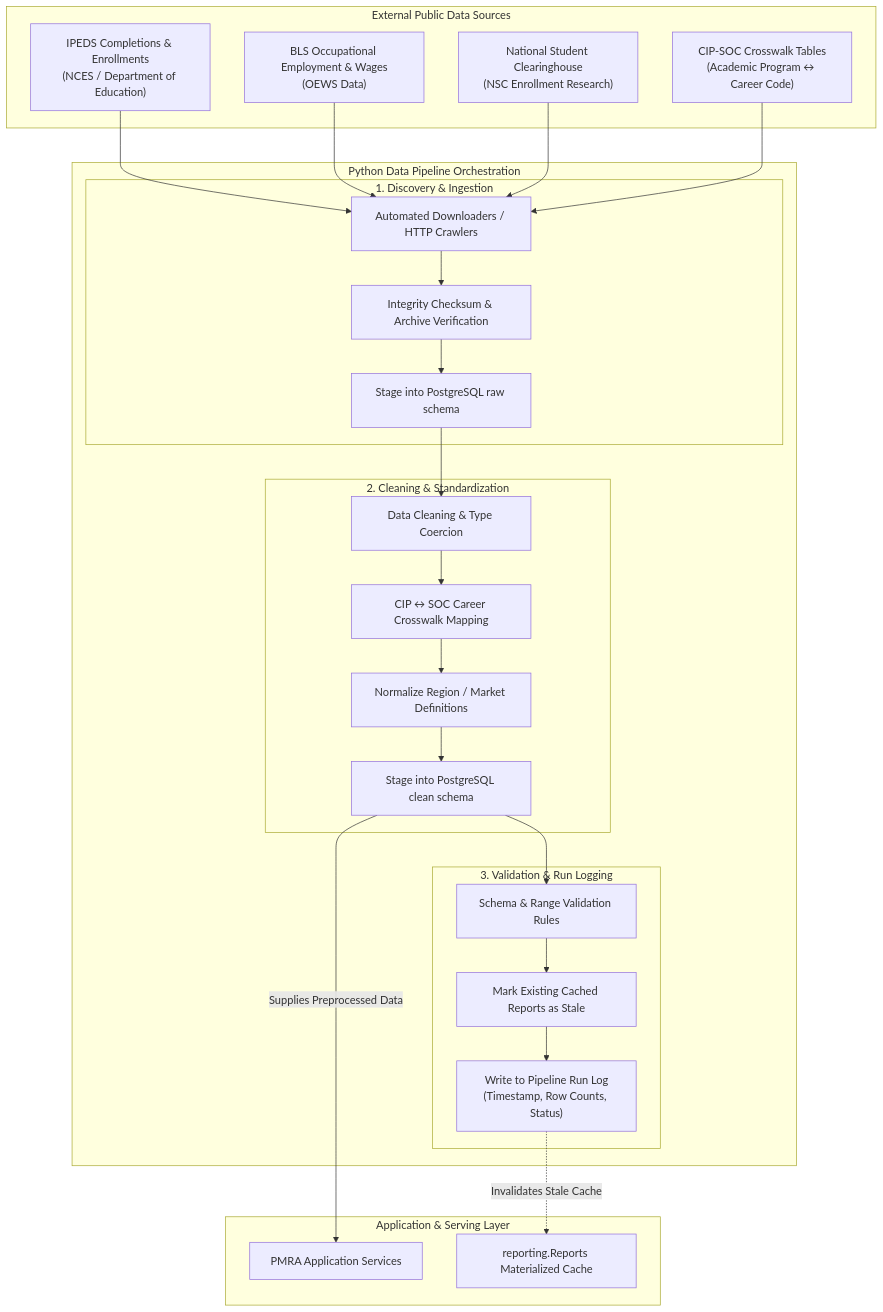
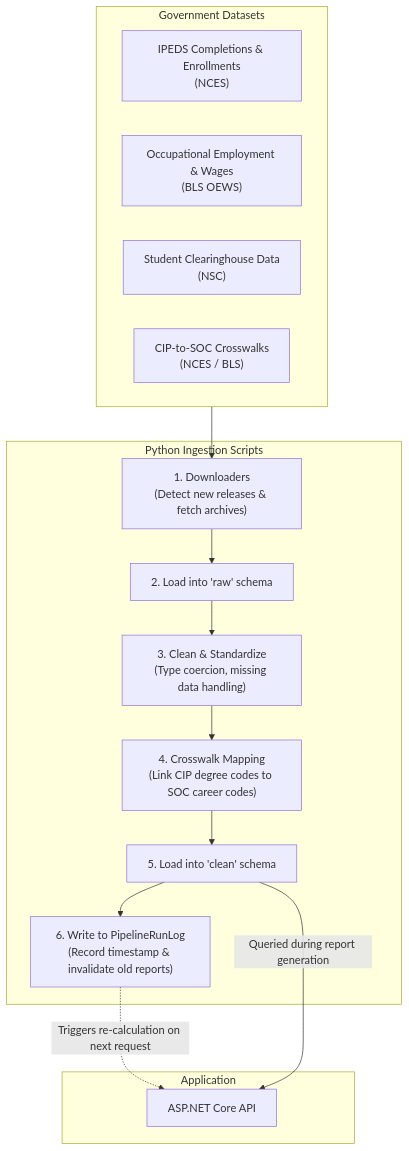
The diagram in docs/data-pipeline.md (liams04/PMRA-Portfolio), drawn with Mermaid before and after one commit. The commit also changed other lines of this file and 11 other files, not shown here.

````diff
--- a/docs/data-pipeline.md
+++ b/docs/data-pipeline.md
@@ -13,56 +13,27 @@
 ```mermaid
 flowchart TD
-    subgraph DataSources["External Public Data Sources"]
-        IPEDS["IPEDS Completions & Enrollments<br/>(NCES / Department of Education)"]
-        BLS["BLS Occupational Employment & Wages<br/>(OEWS Data)"]
-        NSC["National Student Clearinghouse<br/>(NSC Enrollment Research)"]
-        Crosswalk["CIP-SOC Crosswalk Tables<br/>(Academic Program ↔ Career Code)"]
+    subgraph Sources["Government Datasets"]
+        IPEDS["IPEDS Completions & Enrollments<br/>(NCES)"]
+        BLS["Occupational Employment & Wages<br/>(BLS OEWS)"]
+        NSC["Student Clearinghouse Data<br/>(NSC)"]
+        Crosswalk["CIP-to-SOC Crosswalks<br/>(NCES / BLS)"]
     end
 
-    subgraph PipelineOrchestration["Python Data Pipeline Orchestration"]
-        subgraph Stage1["1. Discovery & Ingestion"]
-            Fetch["Automated Downloaders / HTTP Crawlers"]
-            Checksum["Integrity Checksum & Archive Verification"]
-            StageRaw["Stage into PostgreSQL raw schema"]
-        end
-
-        subgraph Stage2["2. Cleaning & Standardization"]
-            Clean["Data Cleaning & Type Coercion"]
-            MapCrosswalk["CIP ↔ SOC Career Crosswalk Mapping"]
-            Standardize["Normalize Region / Market Definitions"]
-            StageClean["Stage into PostgreSQL clean schema"]
-        end
-
-        subgraph Stage3["3. Validation & Run Logging"]
-            SchemaCheck["Schema & Range Validation Rules"]
-            StalenessMark["Mark Existing Cached Reports as Stale"]
-            RunLog["Write to Pipeline Run Log<br/>(Timestamp, Row Counts, Status)"]
-        end
+    subgraph PythonPipeline["Python Ingestion Scripts"]
+        Download["1. Downloaders<br/>(Detect new releases & fetch archives)"]
+        RawLoad["2. Load into 'raw' schema"]
+        Clean["3. Clean & Standardize<br/>(Type coercion, missing data handling)"]
+        Map["4. Crosswalk Mapping<br/>(Link CIP degree codes to SOC career codes)"]
+        CleanLoad["5. Load into 'clean' schema"]
+        Log["6. Write to PipelineRunLog<br/>(Record timestamp & invalidate old reports)"]
     end
 
-    subgraph Serving["Application & Serving Layer"]
-        AppEngine["PMRA Application Services"]
-        ReportCache["reporting.Reports Materialized Cache"]
+    subgraph App["Application"]
+        API["ASP.NET Core API"]
     end
 
-    %% Flow connections
-    IPEDS --> Fetch
-    BLS --> Fetch
-    NSC --> Fetch
-    Crosswalk --> Fetch
-
-    Fetch --> Checksum
-    Checksum --> StageRaw
-
-    StageRaw --> Clean
-    Clean --> MapCrosswalk
-    MapCrosswalk --> Standardize
-    Standardize --> StageClean
-
-    StageClean --> SchemaCheck
-    SchemaCheck --> StalenessMark
-    StalenessMark --> RunLog
-
-    RunLog -.->|Invalidates Stale Cache| ReportCache
-    StageClean -->|Supplies Preprocessed Data| AppEngine
+    Sources --> Download
+    Download --> RawLoad --> Clean --> Map --> CleanLoad --> Log
+    Log -.->|Triggers re-calculation on next request| API
+    CleanLoad -->|Queried during report generation| API
 ```
````
